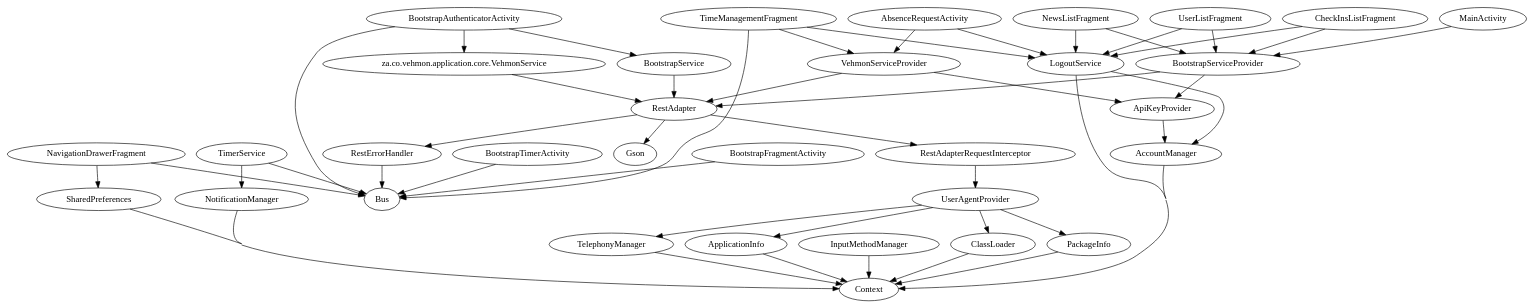
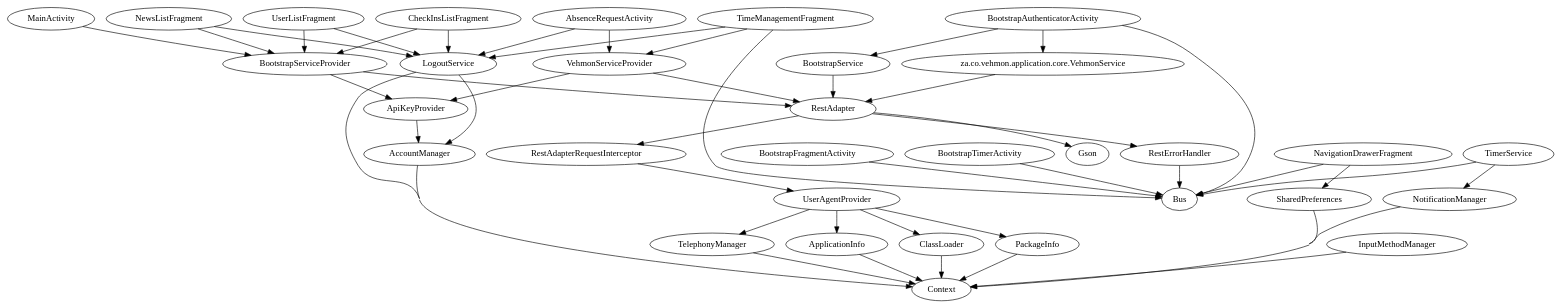
One commit to Renaldobenji/android-vehmon changed the diagram in app/build/intermediates/classes/debug/za/co/vehmon/application/RootModule.dot. Above: the diagram before and after it, drawn with Graphviz. The commit also changed other lines of this file and 41 other files, not shown here.

```diff
--- a/app/build/intermediates/classes/debug/za/co/vehmon/application/RootModule.dot
+++ b/app/build/intermediates/classes/debug/za/co/vehmon/application/RootModule.dot
@@ -1,51 +1,51 @@
 digraph G1 {
   concentrate = true;
+  AbsenceRequestActivity -> VehmonServiceProvider;
   AbsenceRequestActivity -> LogoutService;
-  AbsenceRequestActivity -> VehmonServiceProvider;
   AccountManager -> Context;
   ApiKeyProvider -> AccountManager;
   ApplicationInfo -> Context;
-  BootstrapAuthenticatorActivity -> BootstrapService;
   BootstrapAuthenticatorActivity -> Bus;
   n2 [label="za.co.vehmon.application.core.VehmonService"];
   BootstrapAuthenticatorActivity -> n2;
+  BootstrapAuthenticatorActivity -> BootstrapService;
   BootstrapFragmentActivity -> Bus;
   BootstrapService -> RestAdapter;
   BootstrapServiceProvider -> ApiKeyProvider;
   BootstrapServiceProvider -> RestAdapter;
   BootstrapTimerActivity -> Bus;
+  CheckInsListFragment -> BootstrapServiceProvider;
   CheckInsListFragment -> LogoutService;
-  CheckInsListFragment -> BootstrapServiceProvider;
   ClassLoader -> Context;
   InputMethodManager -> Context;
   LogoutService -> AccountManager;
   LogoutService -> Context;
   MainActivity -> BootstrapServiceProvider;
+  NavigationDrawerFragment -> Bus;
   NavigationDrawerFragment -> SharedPreferences;
-  NavigationDrawerFragment -> Bus;
+  NewsListFragment -> BootstrapServiceProvider;
   NewsListFragment -> LogoutService;
-  NewsListFragment -> BootstrapServiceProvider;
   NotificationManager -> Context;
   PackageInfo -> Context;
+  RestAdapter -> RestAdapterRequestInterceptor;
+  RestAdapter -> Gson;
   RestAdapter -> RestErrorHandler;
-  RestAdapter -> Gson;
-  RestAdapter -> RestAdapterRequestInterceptor;
   RestAdapterRequestInterceptor -> UserAgentProvider;
   RestErrorHandler -> Bus;
   SharedPreferences -> Context;
   TelephonyManager -> Context;
-  TimeManagementFragment -> LogoutService;
   TimeManagementFragment -> Bus;
   TimeManagementFragment -> VehmonServiceProvider;
+  TimeManagementFragment -> LogoutService;
+  TimerService -> Bus;
   TimerService -> NotificationManager;
-  TimerService -> Bus;
+  UserAgentProvider -> ClassLoader;
+  UserAgentProvider -> TelephonyManager;
   UserAgentProvider -> PackageInfo;
-  UserAgentProvider -> TelephonyManager;
   UserAgentProvider -> ApplicationInfo;
-  UserAgentProvider -> ClassLoader;
+  UserListFragment -> BootstrapServiceProvider;
   UserListFragment -> LogoutService;
-  UserListFragment -> BootstrapServiceProvider;
   VehmonServiceProvider -> ApiKeyProvider;
   VehmonServiceProvider -> RestAdapter;
   n2 -> RestAdapter;
 }
```
